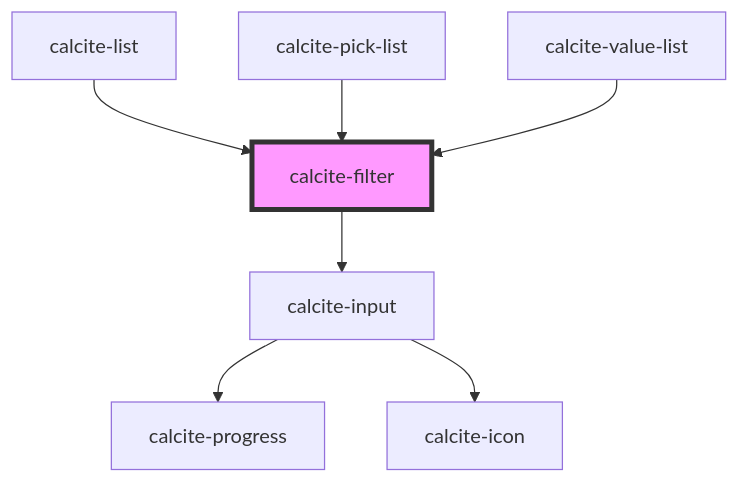
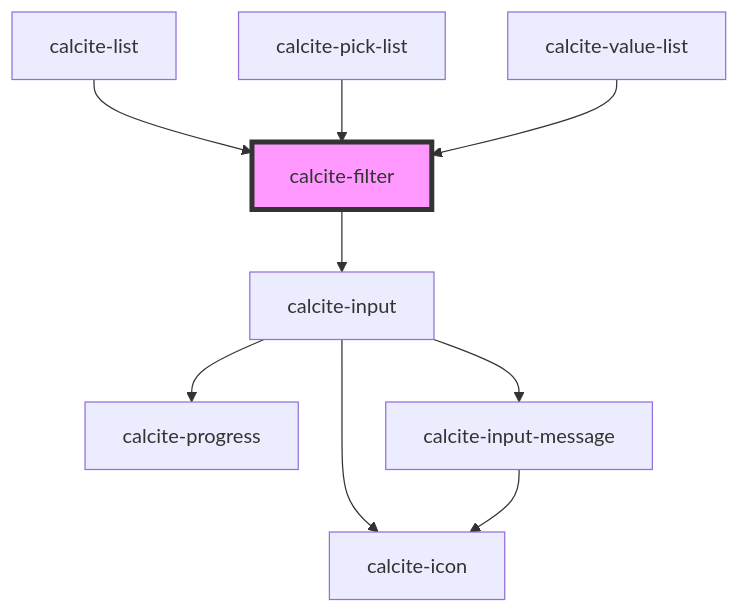
Before and after one commit to vikivakarvc/calcite-design-system: the diagram in packages/calcite-components/src/components/filter/readme.md, drawn with Mermaid. The commit also changed other lines of this file and 64 other files, not shown here.

````diff
--- a/packages/calcite-components/src/components/filter/readme.md
+++ b/packages/calcite-components/src/components/filter/readme.md
@@ -57,10 +63,12 @@
 ```mermaid
 graph TD;
   calcite-filter --> calcite-input
   calcite-input --> calcite-progress
   calcite-input --> calcite-icon
+  calcite-input --> calcite-input-message
+  calcite-input-message --> calcite-icon
   calcite-list --> calcite-filter
   calcite-pick-list --> calcite-filter
   calcite-value-list --> calcite-filter
   style calcite-filter fill:#f9f,stroke:#333,stroke-width:4px
 ```
````
